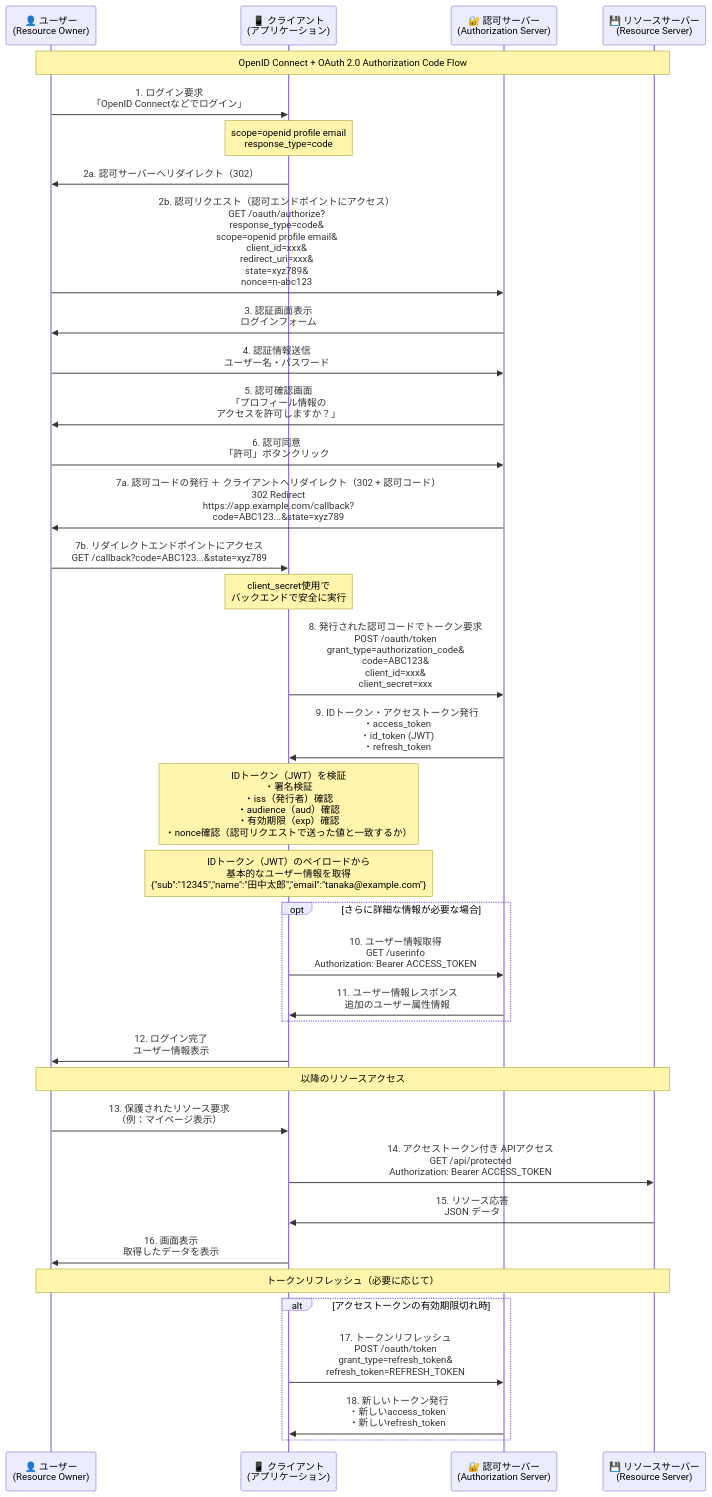
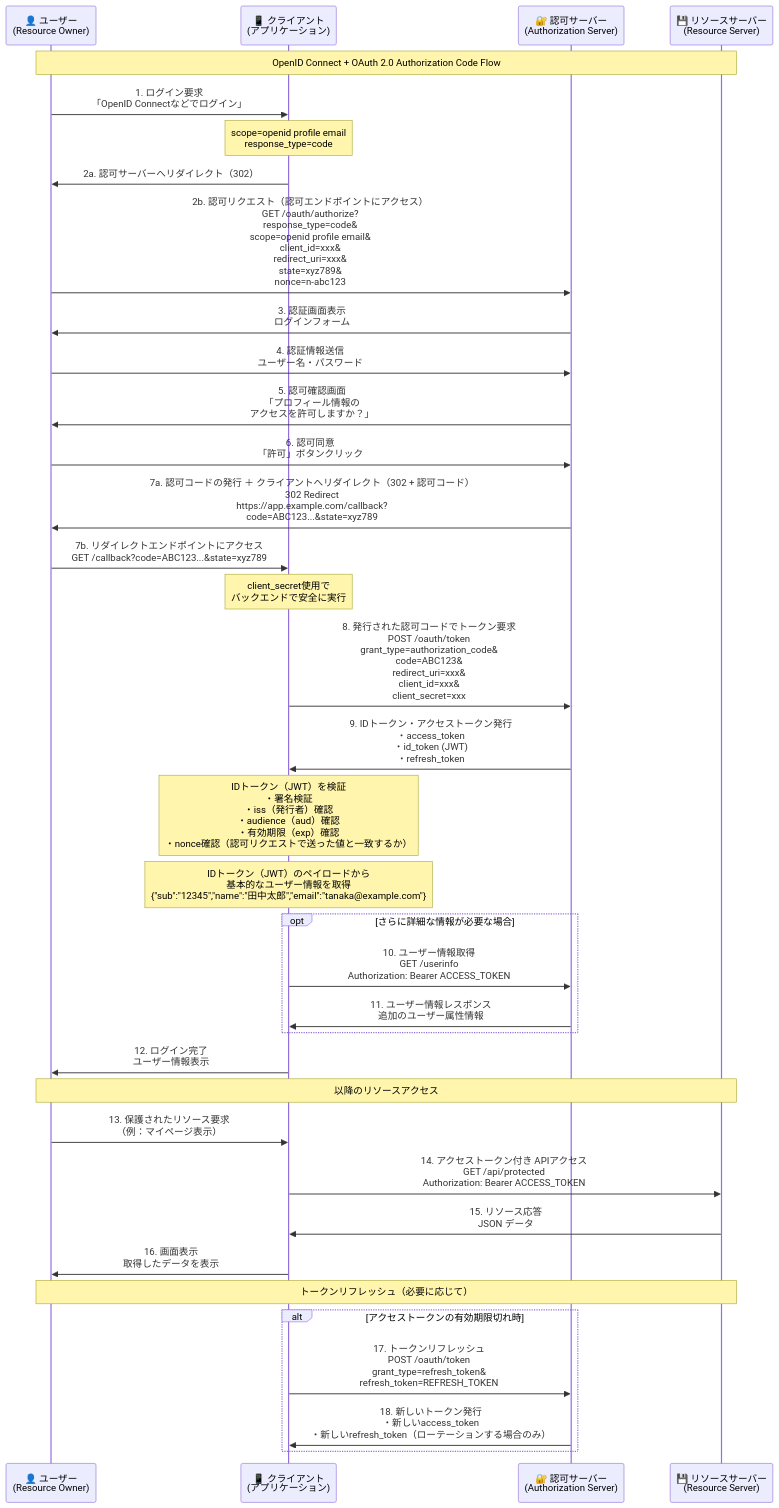
One commit to nutslove/Knowledges changed the diagram in OAuth・OIDC/OAuthとOIDCについて.md. Above: the diagram before and after it, drawn with Mermaid. The commit also changed other lines of this file, not shown here.

````diff
--- a/OAuth・OIDC/OAuthとOIDCについて.md
+++ b/OAuth・OIDC/OAuthとOIDCについて.md
@@ -1,59 +1,59 @@
 ```mermaid
 sequenceDiagram
     participant U as 👤 ユーザー<br/>(Resource Owner)
     participant C as 📱 クライアント<br/>(アプリケーション)
     participant AS as 🔐 認可サーバー<br/>(Authorization Server)
     participant RS as 💾 リソースサーバー<br/>(Resource Server)
 
     Note over U,RS: OpenID Connect + OAuth 2.0 Authorization Code Flow
 
     U->>C: 1. ログイン要求<br/>「OpenID Connectなどでログイン」
     
     Note over C: scope=openid profile email<br/>response_type=code
     C->>U: 2a. 認可サーバーへリダイレクト（302）
     U->>AS: 2b. 認可リクエスト（認可エンドポイントにアクセス）<br/>GET /oauth/authorize?<br/>response_type=code&<br/>scope=openid profile email&<br/>client_id=xxx&<br/>redirect_uri=xxx&<br/>state=xyz789&<br/>nonce=n-abc123
 
     AS->>U: 3. 認証画面表示<br/>ログインフォーム
     
     U->>AS: 4. 認証情報送信<br/>ユーザー名・パスワード
     
     AS->>U: 5. 認可確認画面<br/>「プロフィール情報の<br/>アクセスを許可しますか？」
     
     U->>AS: 6. 認可同意<br/>「許可」ボタンクリック
     
     AS->>U: 7a. 認可コードの発行 ＋ クライアントへリダイレクト（302 + 認可コード）<br/>302 Redirect<br/>https://app.example.com/callback?<br/>code=ABC123...&state=xyz789
     U->>C: 7b. リダイレクトエンドポイントにアクセス <br/>GET /callback?code=ABC123...&state=xyz789
     
     Note over C: client_secret使用で<br/>バックエンドで安全に実行
-    C->>AS: 8. 発行された認可コードでトークン要求<br/>POST /oauth/token<br/>grant_type=authorization_code&<br/>code=ABC123&<br/>client_id=xxx&<br/>client_secret=xxx
+    C->>AS: 8. 発行された認可コードでトークン要求<br/>POST /oauth/token<br/>grant_type=authorization_code&<br/>code=ABC123&<br/>redirect_uri=xxx&<br/>client_id=xxx&<br/>client_secret=xxx
     
     AS->>C: 9. IDトークン・アクセストークン発行<br/>・access_token <br/>・id_token (JWT)<br/>・refresh_token
     
     Note over C: IDトークン（JWT）を検証<br/>・署名検証<br/>・iss（発行者）確認<br/>・audience（aud）確認<br/>・有効期限（exp）確認<br/>・nonce確認（認可リクエストで送った値と一致するか）
     
     Note over C: IDトークン（JWT）のペイロードから<br/>基本的なユーザー情報を取得<br/>{"sub":"12345","name":"田中太郎","email":"tanaka@example.com"}
     
     opt さらに詳細な情報が必要な場合
         C->>AS: 10. ユーザー情報取得<br/>GET /userinfo<br/>Authorization: Bearer ACCESS_TOKEN
         AS->>C: 11. ユーザー情報レスポンス<br/>追加のユーザー属性情報
     end
     
     C->>U: 12. ログイン完了<br/>ユーザー情報表示
     
     Note over U,RS: 以降のリソースアクセス
     
     U->>C: 13. 保護されたリソース要求<br/>（例：マイページ表示）
     
     C->>RS: 14. アクセストークン付き APIアクセス<br/>GET /api/protected<br/>Authorization: Bearer ACCESS_TOKEN
     
     RS->>C: 15. リソース応答<br/>JSON データ
     
     C->>U: 16. 画面表示<br/>取得したデータを表示
     
     Note over U,RS: トークンリフレッシュ（必要に応じて）
     
     alt アクセストークンの有効期限切れ時
         C->>AS: 17. トークンリフレッシュ<br/>POST /oauth/token<br/>grant_type=refresh_token&<br/>refresh_token=REFRESH_TOKEN
-        AS->>C: 18. 新しいトークン発行<br/>・新しいaccess_token<br/>・新しいrefresh_token
+        AS->>C: 18. 新しいトークン発行<br/>・新しいaccess_token<br/>・新しいrefresh_token（ローテーションする場合のみ）
     end
 ```
````
